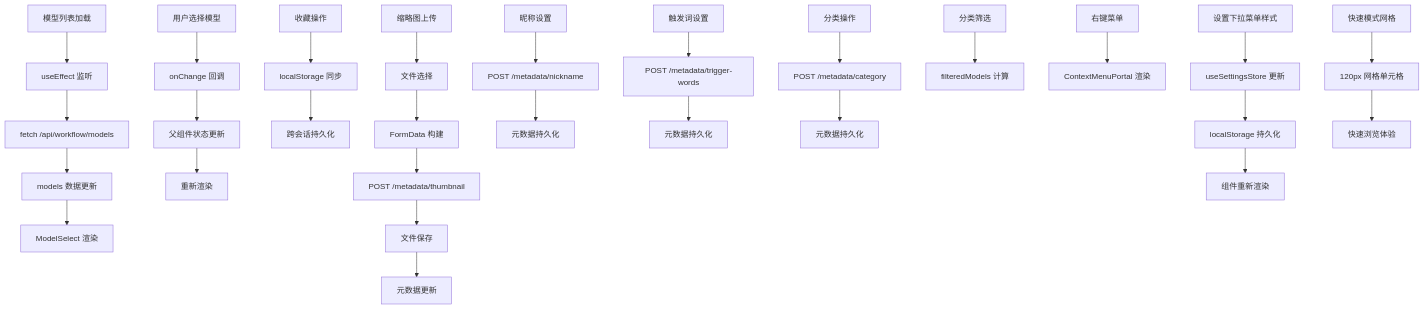
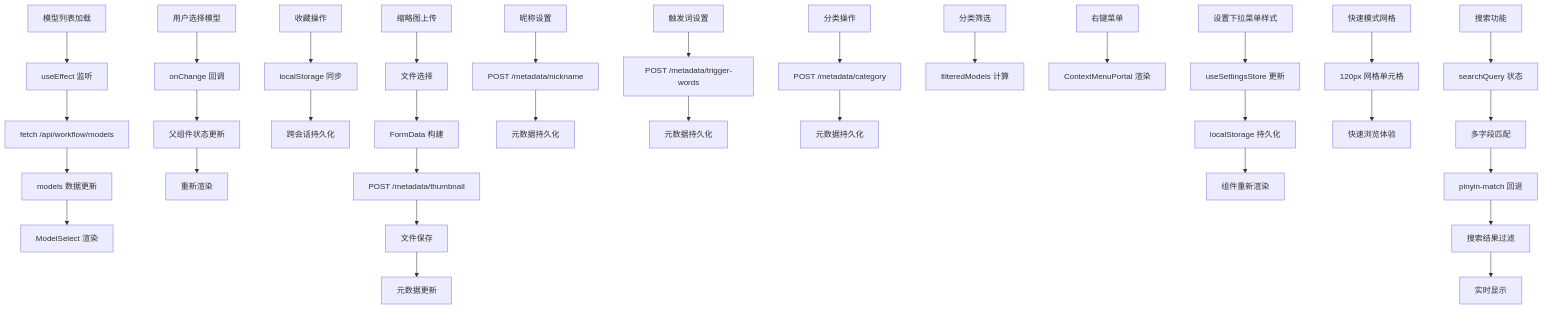
One commit to billye220670/CorineKit_Pix2Real changed the fourth of 9 diagrams in .qoder/repowiki/zh/content/Model Select Component.md. Above: the diagram before and after it, drawn with Mermaid. The commit also changed other lines of this file and 73 other files, not shown here.

````diff
--- a/.qoder/repowiki/zh/content/Model Select Component.md
+++ b/.qoder/repowiki/zh/content/Model Select Component.md
@@ -303,30 +333,35 @@
 ```mermaid
 flowchart TD
 A[模型列表加载] --> B[useEffect 监听]
 B --> C[fetch /api/workflow/models]
 C --> D[models 数据更新]
 D --> E[ModelSelect 渲染]
 F[用户选择模型] --> G[onChange 回调]
 G --> H[父组件状态更新]
 H --> I[重新渲染]
 J[收藏操作] --> K[localStorage 同步]
 K --> L[跨会话持久化]
 M[缩略图上传] --> N[文件选择]
 N --> O[FormData 构建]
 O --> P[POST /metadata/thumbnail]
 P --> Q[文件保存]
 Q --> R[元数据更新]
 S[昵称设置] --> T[POST /metadata/nickname]
 T --> U[元数据持久化]
 V[触发词设置] --> W[POST /metadata/trigger-words]
 W --> X[元数据持久化]
 Y[分类操作] --> Z[POST /metadata/category]
 Z --> AA[元数据持久化]
 BB[分类筛选] --> CC[filteredModels 计算]
 DD[右键菜单] --> EE[ContextMenuPortal 渲染]
 FF[设置下拉菜单样式] --> GG[useSettingsStore 更新]
 GG --> HH[localStorage 持久化]
 HH --> II[组件重新渲染]
 JJ[快速模式网格] --> KK[120px 网格单元格]
 KK --> LL[快速浏览体验]
+MM[搜索功能] --> NN[searchQuery 状态]
+NN --> OO[多字段匹配]
+OO --> PP[pinyin-match 回退]
+PP --> QQ[搜索结果过滤]
+QQ --> RR[实时显示]
 ```
````
